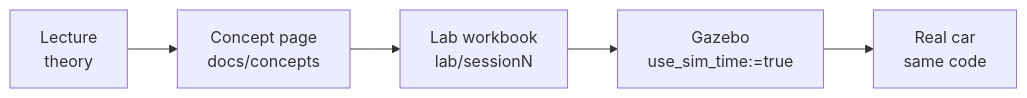
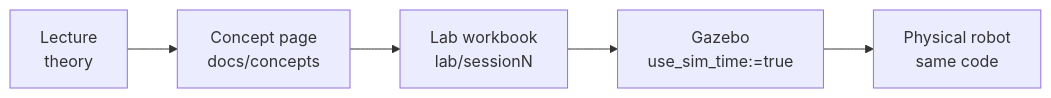
Before and after one commit to snchz46/Waveshare-Cobra-Flex-ROS2-Autonomous-Car: the first of 3 diagrams in README.md, drawn with Mermaid. The commit also changed other lines of this file and 126 other files, not shown here.

````diff
--- a/README.md
+++ b/README.md
@@ -76,7 +73,7 @@
 ```mermaid
 flowchart LR
     A["Lecture<br/>theory"] --> B["Concept page<br/>docs/concepts"]
     B --> C["Lab workbook<br/>lab/sessionN"]
     C --> D["Gazebo<br/>use_sim_time:=true"]
-    D --> E["Real car<br/>same code"]
+    D --> E["Physical robot<br/>same code"]
 ```
````
